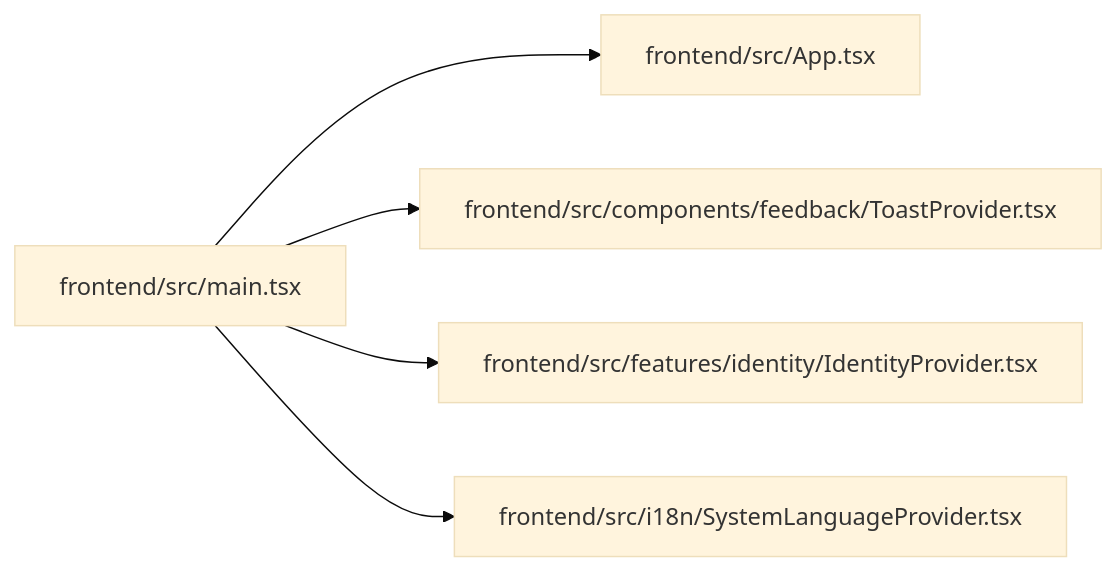
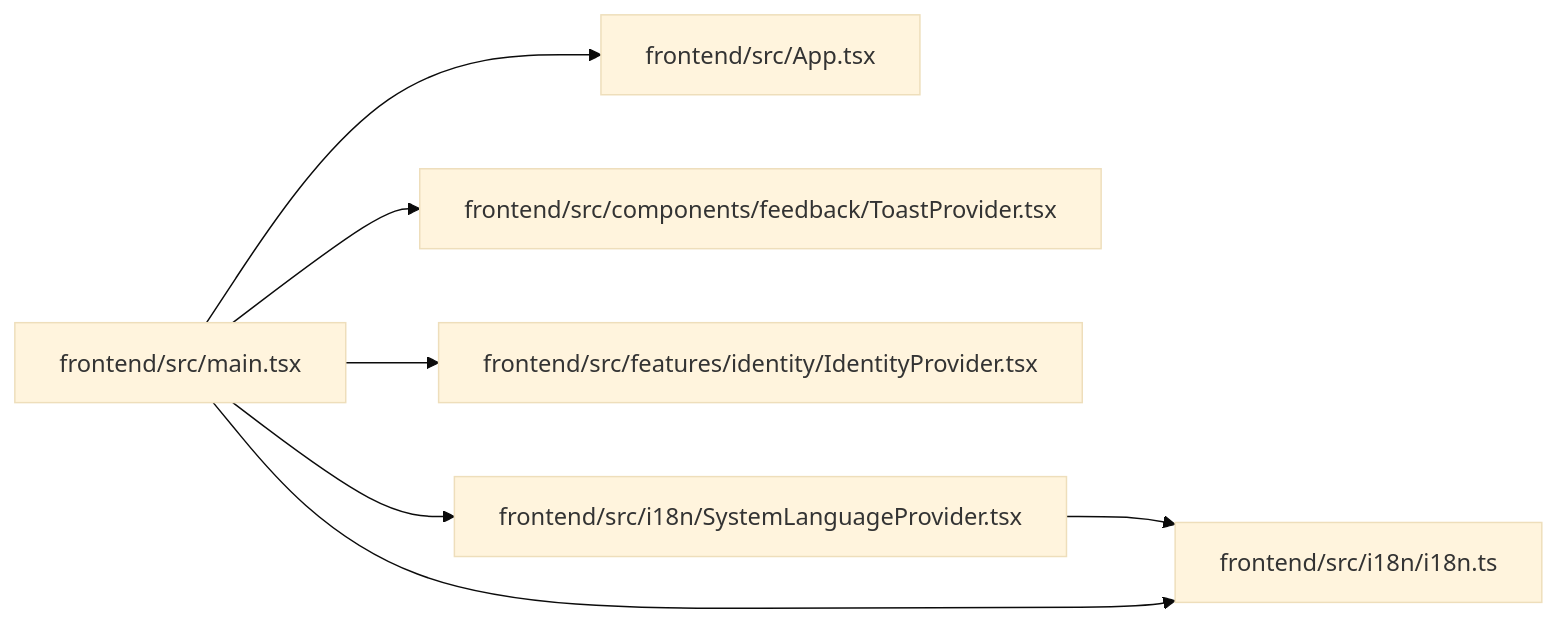
The diagram in docs/llm_wiki/modules/src_main.md (Denissvgn/WorkChord), drawn with Mermaid (base theme) before and after one commit. The commit also changed other lines of this file and 25171 other files, not shown here.

````diff
--- a/docs/llm_wiki/modules/src_main.md
+++ b/docs/llm_wiki/modules/src_main.md
@@ -32,17 +36,21 @@
 ```mermaid
 flowchart LR
     n0["frontend/src/App.tsx"]
     n1["frontend/src/components/feedback/ToastProvider.tsx"]
     n2["frontend/src/features/identity/IdentityProvider.tsx"]
-    n3["frontend/src/i18n/SystemLanguageProvider.tsx"]
-    n4["frontend/src/main.tsx"]
-    n4 --> n0
-    n4 --> n1
-    n4 --> n2
+    n3["frontend/src/i18n/i18n.ts"]
+    n4["frontend/src/i18n/SystemLanguageProvider.tsx"]
+    n5["frontend/src/main.tsx"]
     n4 --> n3
+    n5 --> n0
+    n5 --> n1
+    n5 --> n2
+    n5 --> n3
+    n5 --> n4
     click n0 "../modules/App.md"
     click n1 "../modules/ToastProvider.md"
     click n2 "../modules/IdentityProvider.md"
-    click n3 "../modules/SystemLanguageProvider.md"
-    click n4 "../modules/src_main.md"
+    click n3 "../modules/i18n.md"
+    click n4 "../modules/SystemLanguageProvider.md"
+    click n5 "../modules/src_main.md"
 ```
````
